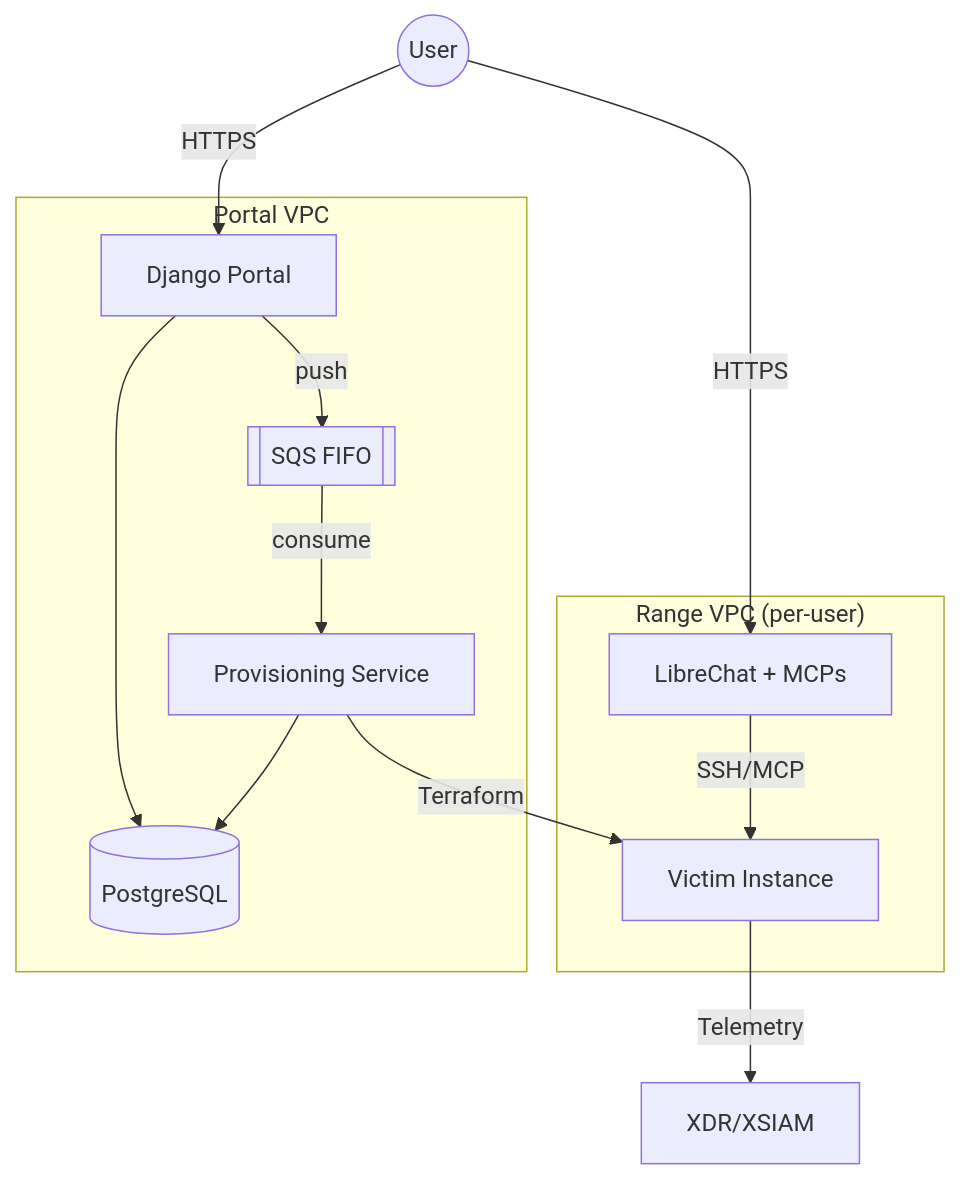
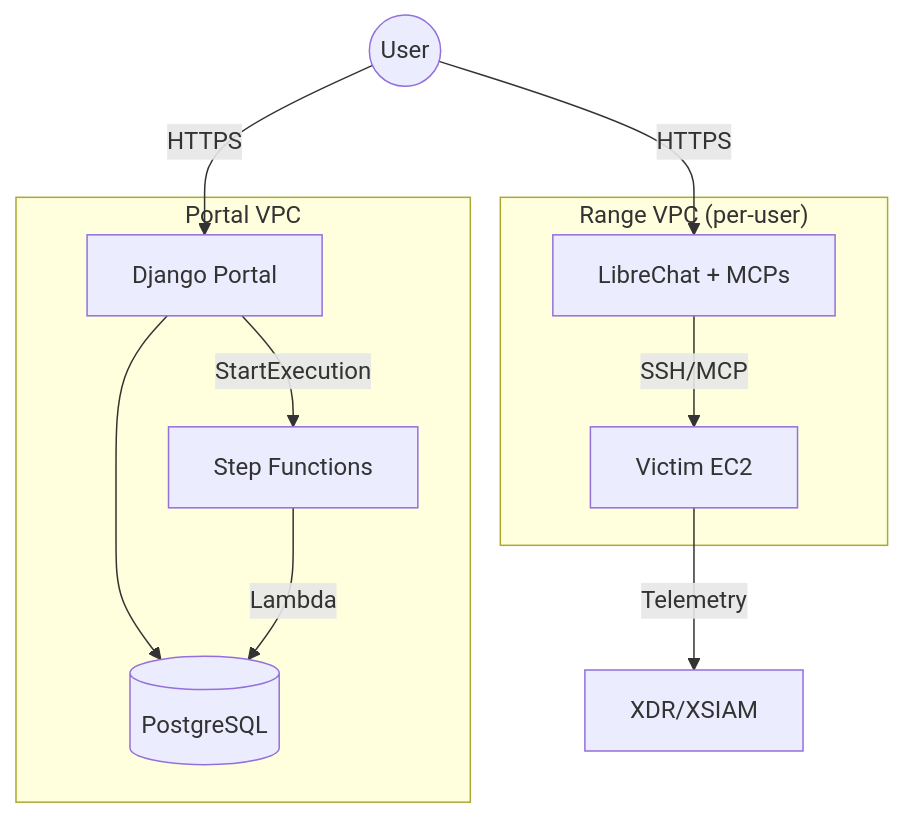
Before and after one commit to PaloAltoNetworks/shifter: the first of 3 diagrams in docs/src/architecture.md, drawn with Mermaid. The commit also changed other lines of this file and 3 other files, not shown here.

````diff
--- a/docs/src/architecture.md
+++ b/docs/src/architecture.md
@@ -11,24 +13,21 @@
 ```mermaid
 graph TB
     subgraph "Portal VPC"
         Portal[Django Portal]
         RDS[(PostgreSQL)]
-        SQS[[SQS FIFO]]
-        Provisioner[Provisioning Service]
+        StepFn[Step Functions]
         Portal --> RDS
-        Portal -->|push| SQS
-        SQS -->|consume| Provisioner
-        Provisioner --> RDS
+        Portal -->|StartExecution| StepFn
+        StepFn -->|Lambda| RDS
     end
 
     subgraph "Range VPC (per-user)"
-        LibreChat[LibreChat + MCPs]
-        Victim[Victim Instance]
-        LibreChat -->|SSH/MCP| Victim
+        Chat[LibreChat + MCPs]
+        Victim[Victim EC2]
+        Chat -->|SSH/MCP| Victim
     end
 
     User((User)) -->|HTTPS| Portal
-    User -->|HTTPS| LibreChat
-    Provisioner -->|Terraform| Victim
+    User -->|HTTPS| Chat
     Victim -->|Telemetry| XDR[XDR/XSIAM]
 ```
````
